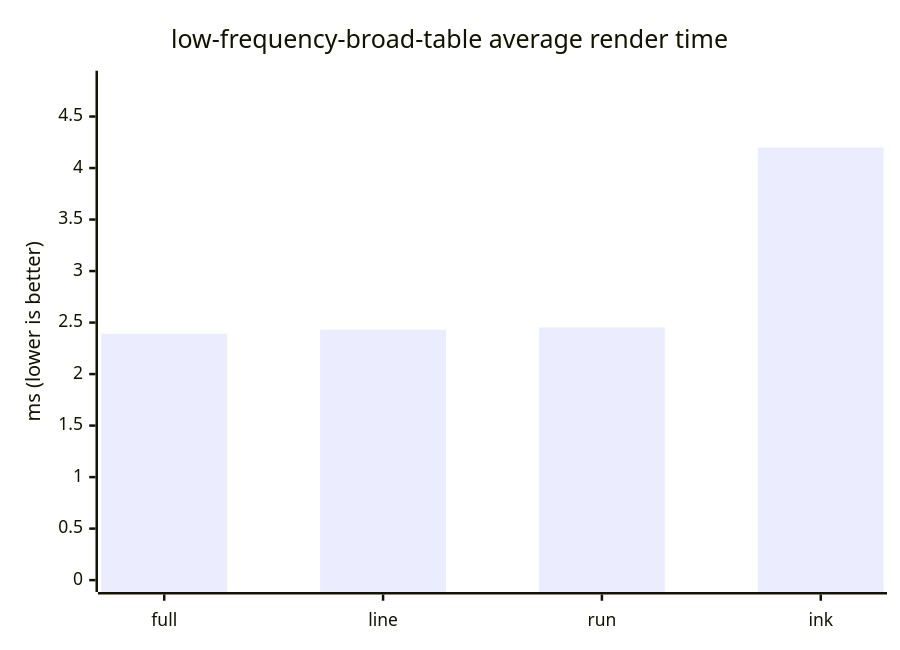
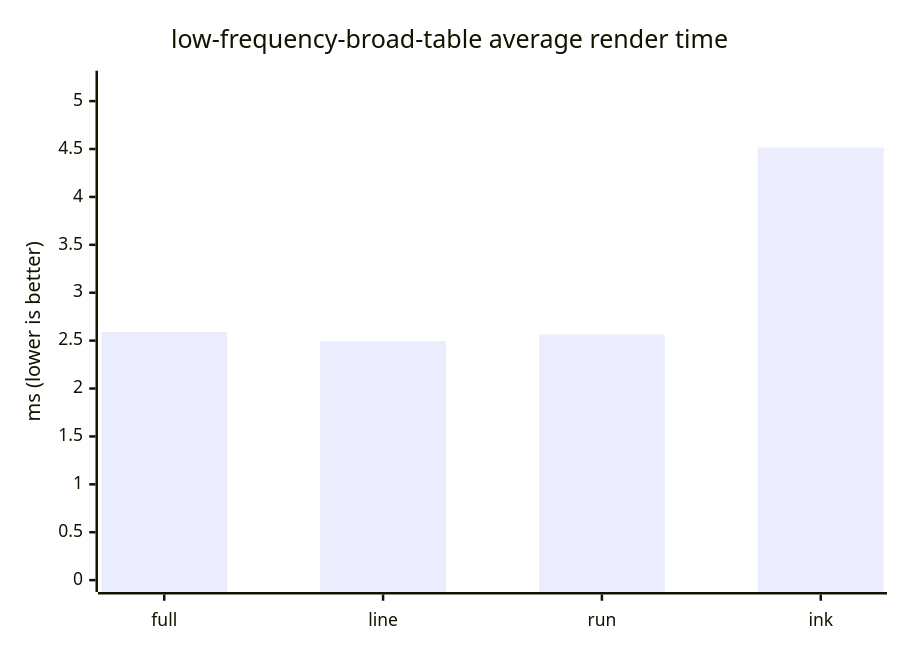
The fifth of 10 diagrams in docs/benchmark.md (ByteLandTechnology/tinky), drawn with Mermaid before and after one commit. The commit also changed other lines of this file and 1 other file, not shown here.

````diff
--- a/docs/benchmark.md
+++ b/docs/benchmark.md
@@ -106,7 +106,7 @@
 ```mermaid
 xychart-beta
     title "low-frequency-broad-table average render time"
     x-axis ["full", "line", "run", "ink"]
-    y-axis "ms (lower is better)" 0 --> 4.829
-    bar [2.392, 2.43, 2.453, 4.199]
+    y-axis "ms (lower is better)" 0 --> 5.193
+    bar [2.59, 2.494, 2.565, 4.515]
 ```
````
